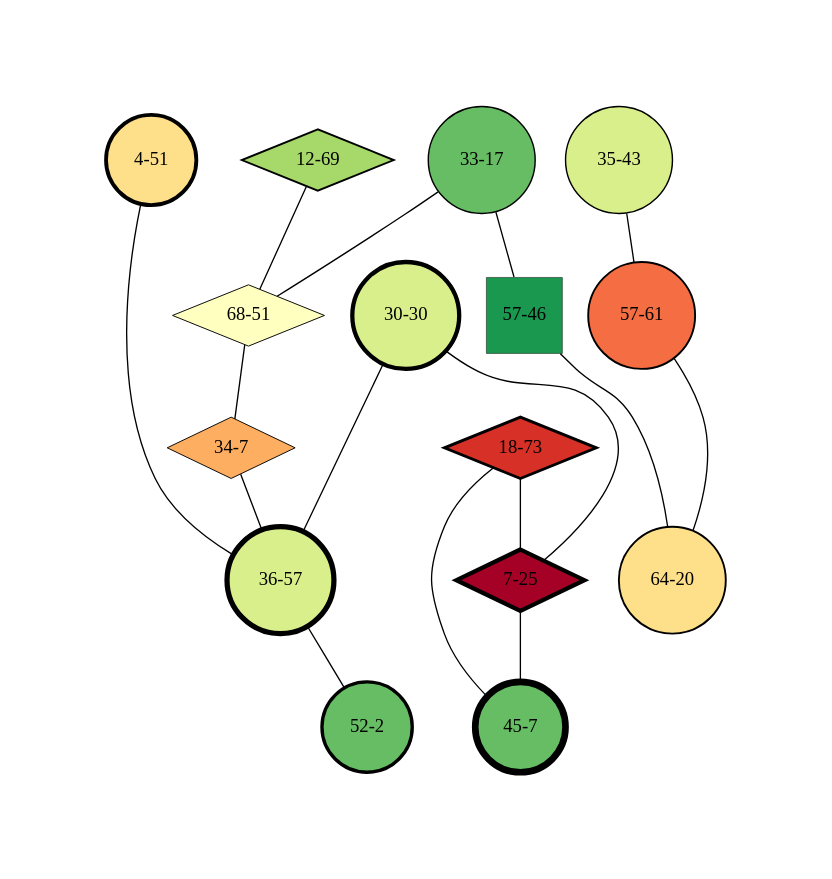
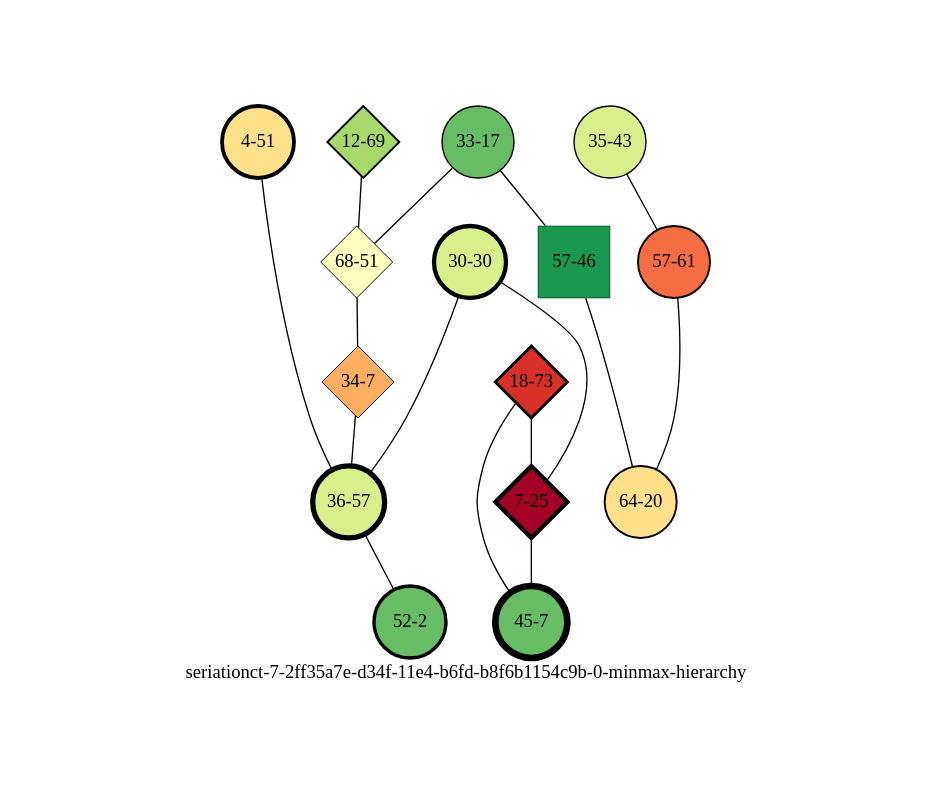
Before and after one commit to mmadsen/experiment-seriationct: the diagram in experiments/seriationct-7/seriation-results/2ff35a7e-d34f-11e4-b6fd-b8f6b1154c9b-0-sampled-0.1/2ff35a7e-d34f-11e4-b6fd-b8f6b1154c9b-0-sampled-0.1-minmax-by-weight.png-annotated-hierarchy.dot, drawn with Graphviz. The commit also changed 54 other files, not shown here.

```diff
--- a/experiments/seriationct-7/seriation-results/2ff35a7e-d34f-11e4-b6fd-b8f6b1154c9b-0-sampled-0.1/2ff35a7e-d34f-11e4-b6fd-b8f6b1154c9b-0-sampled-0.1-minmax-by-weight.png-annotated-hierarchy.dot
+++ b/experiments/seriationct-7/seriation-results/2ff35a7e-d34f-11e4-b6fd-b8f6b1154c9b-0-sampled-0.1/2ff35a7e-d34f-11e4-b6fd-b8f6b1154c9b-0-sampled-0.1-minmax-by-weight.png-annotated-hierarchy.dot
@@ -1,36 +1,37 @@
-strict graph G {
+strict graph "seriationct-7-2ff35a7e-d34f-11e4-b6fd-b8f6b1154c9b-0-minmax-hierarchy" {
 labelloc=b;
 ratio=auto;
 pad="1.0";
-node [width="0.3", shape=circle, height="0.3", style=filled, label=""];
+label="seriationct-7-2ff35a7e-d34f-11e4-b6fd-b8f6b1154c9b-0-minmax-hierarchy";
+node [width="0.75", style=filled, fixedsize=true, height="0.75", shape=circle, label=""];
 0 [xCoordinate="17.0", appears_in_slice=3, yCoordinate="33.0", level=grandchild, colorscheme=rdylgn11, child_of="assemblage-56-28", short_label="33-17", label="33-17", shape=circle, fillcolor=9, size="514.61255423", parent_node="assemblage-68-51", id=0, penwidth="1.07142857143"];
 1 [xCoordinate="69.0", appears_in_slice=4, yCoordinate="12.0", level=child, colorscheme=rdylgn11, child_of="assemblage-58-16", short_label="12-69", label="12-69", shape=diamond, fillcolor=8, size="213.655942403", parent_node="assemblage-58-16", id=1, penwidth="1.42857142857"];
 2 [xCoordinate="43.0", appears_in_slice=3, yCoordinate="35.0", level=grandchild, colorscheme=rdylgn11, child_of="assemblage-23-55", short_label="35-43", label="35-43", shape=circle, fillcolor=7, size="514.61255423", parent_node="assemblage-34-7", id=12, penwidth="1.07142857143"];
 3 [xCoordinate="51.0", appears_in_slice=2, yCoordinate="68.0", level=child, colorscheme=rdylgn11, child_of="assemblage-57-46", short_label="68-51", label="68-51", shape=diamond, fillcolor=6, size="320.294398918", parent_node="assemblage-57-46", id=2, penwidth="0.714285714286"];
 4 [xCoordinate="51.0", appears_in_slice=8, yCoordinate="4.0", level=grandchild, colorscheme=rdylgn11, child_of="assemblage-23-47", short_label="4-51", label="4-51", shape=circle, fillcolor=5, size="795.713858091", parent_node="assemblage-68-63", id=11, penwidth="2.85714285714"];
 5 [xCoordinate="7.0", appears_in_slice=2, yCoordinate="34.0", level=child, colorscheme=rdylgn11, child_of="assemblage-57-46", short_label="34-7", label="34-7", shape=diamond, fillcolor=4, size="621.251010745", parent_node="assemblage-57-46", id=4, penwidth="0.714285714286"];
 6 [xCoordinate="30.0", appears_in_slice=9, yCoordinate="30.0", level=grandchild, colorscheme=rdylgn11, child_of="assemblage-23-55", short_label="30-30", label="30-30", shape=circle, fillcolor=7, size="1057.97302866", parent_node="assemblage-8-15", id=5, penwidth="3.21428571429"];
 7 [xCoordinate="57.0", appears_in_slice=11, yCoordinate="36.0", level=grandchild, colorscheme=rdylgn11, child_of="assemblage-23-55", short_label="36-57", label="36-57", shape=circle, fillcolor=7, size="762.927817257", parent_node="assemblage-8-26", id=6, penwidth="3.92857142857"];
 8 [xCoordinate="46.0", appears_in_slice=1, yCoordinate="57.0", level=root, colorscheme=rdylgn11, child_of=nobody, short_label="57-46", label="57-46", shape=square, fillcolor=10, size="475.441326253", parent_node=i_am_root, id=7, penwidth="0.357142857143"];
 9 [xCoordinate="61.0", appears_in_slice=4, yCoordinate="57.0", level=grandchild, colorscheme=rdylgn11, child_of="assemblage-64-39", short_label="57-61", label="57-61", shape=circle, fillcolor=3, size="475.22265546", parent_node="assemblage-34-7", id=8, penwidth="1.42857142857"];
 10 [xCoordinate="20.0", appears_in_slice=4, yCoordinate="64.0", level=grandchild, colorscheme=rdylgn11, child_of="assemblage-23-47", short_label="64-20", label="64-20", shape=circle, fillcolor=5, size="213.655942403", parent_node="assemblage-63-56", id=9, penwidth="1.42857142857"];
 11 [xCoordinate="73.0", appears_in_slice=6, yCoordinate="18.0", level=child, colorscheme=rdylgn11, child_of="assemblage-10-43", short_label="18-73", label="18-73", shape=diamond, fillcolor=2, size="245.465253697", parent_node="assemblage-10-43", id=10, penwidth="2.14285714286"];
 12 [xCoordinate="25.0", appears_in_slice=9, yCoordinate="7.0", level=child, colorscheme=rdylgn11, child_of="assemblage-10-43", short_label="7-25", label="7-25", shape=diamond, fillcolor=1, size="298.91568443", parent_node="assemblage-10-43", id=3, penwidth="3.21428571429"];
 13 [xCoordinate="2.0", appears_in_slice=7, yCoordinate="52.0", level=grandchild, colorscheme=rdylgn11, child_of="assemblage-56-28", short_label="52-2", label="52-2", shape=circle, fillcolor=9, size="740.776465969", parent_node="assemblage-65-58", id=13, penwidth="2.5"];
 14 [xCoordinate="7.0", appears_in_slice=14, yCoordinate="45.0", level=grandchild, colorscheme=rdylgn11, child_of="assemblage-56-28", short_label="45-7", label="45-7", shape=circle, fillcolor=9, size="249.481507254", parent_node="assemblage-35-54", id=14, penwidth="5.0"];
 0 -- 8  [inverseweight="34.0809973651", weight="0.0293418643031"];
 0 -- 3  [inverseweight="224.222466303", weight="0.00445985639391"];
 1 -- 3  [inverseweight="25.1380297712", weight="0.0397803650128"];
 2 -- 9  [inverseweight="17.6551892593", weight="0.056640570957"];
 3 -- 5  [inverseweight="67.3093148314", weight="0.0148567847185"];
 4 -- 7  [inverseweight="243.461727196", weight="0.00410742177638"];
 5 -- 7  [inverseweight="176.366549209", weight="0.00567000944615"];
 6 -- 12  [inverseweight="9039.99707", weight="0.00011061950488"];
 6 -- 7  [inverseweight="381.812719672", weight="0.00261908508669"];
 7 -- 13  [inverseweight="235.785755548", weight="0.00424113830659"];
 8 -- 10  [inverseweight="16.3673365096", weight="0.0610972957886"];
 9 -- 10  [inverseweight="5.6897467722", weight="0.175754746219"];
 11 -- 12  [inverseweight="28997.7419897", weight="3.44854437409e-05"];
 11 -- 14  [inverseweight=100000, weight="1e-06"];
 12 -- 14  [inverseweight="28997.7419897", weight="3.44854437409e-05"];
 }
```
